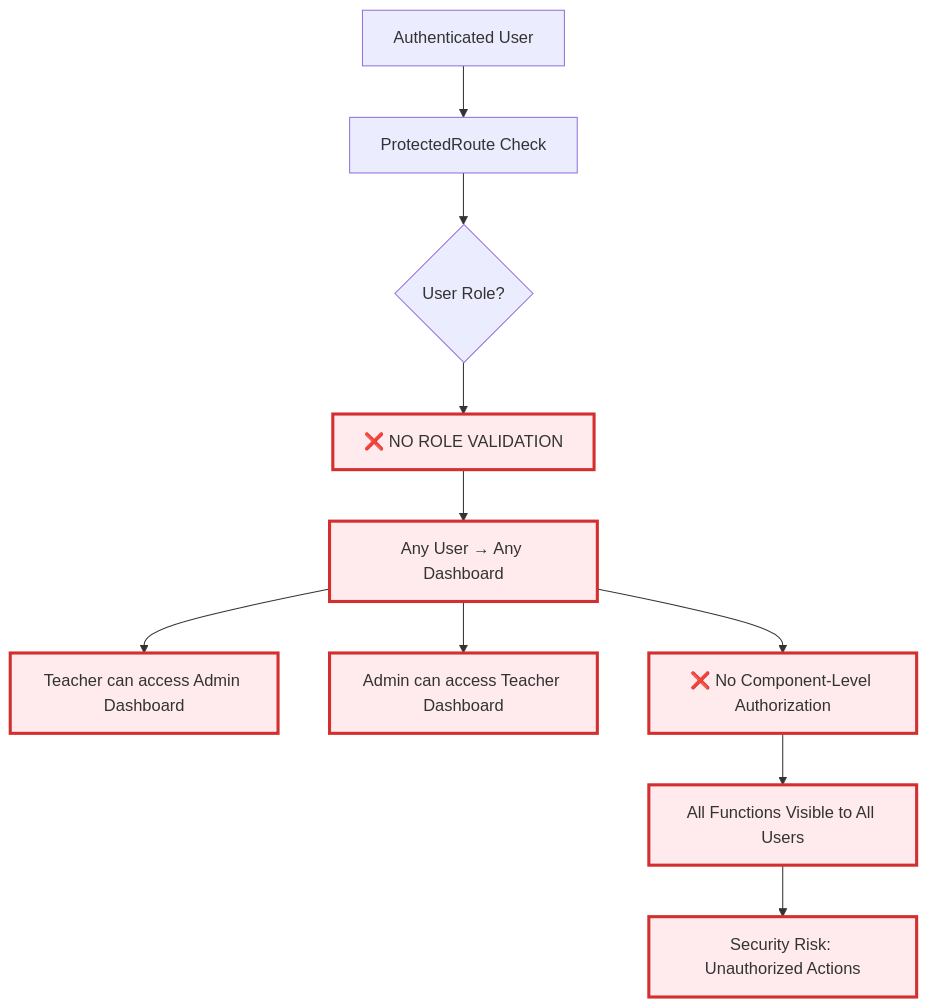
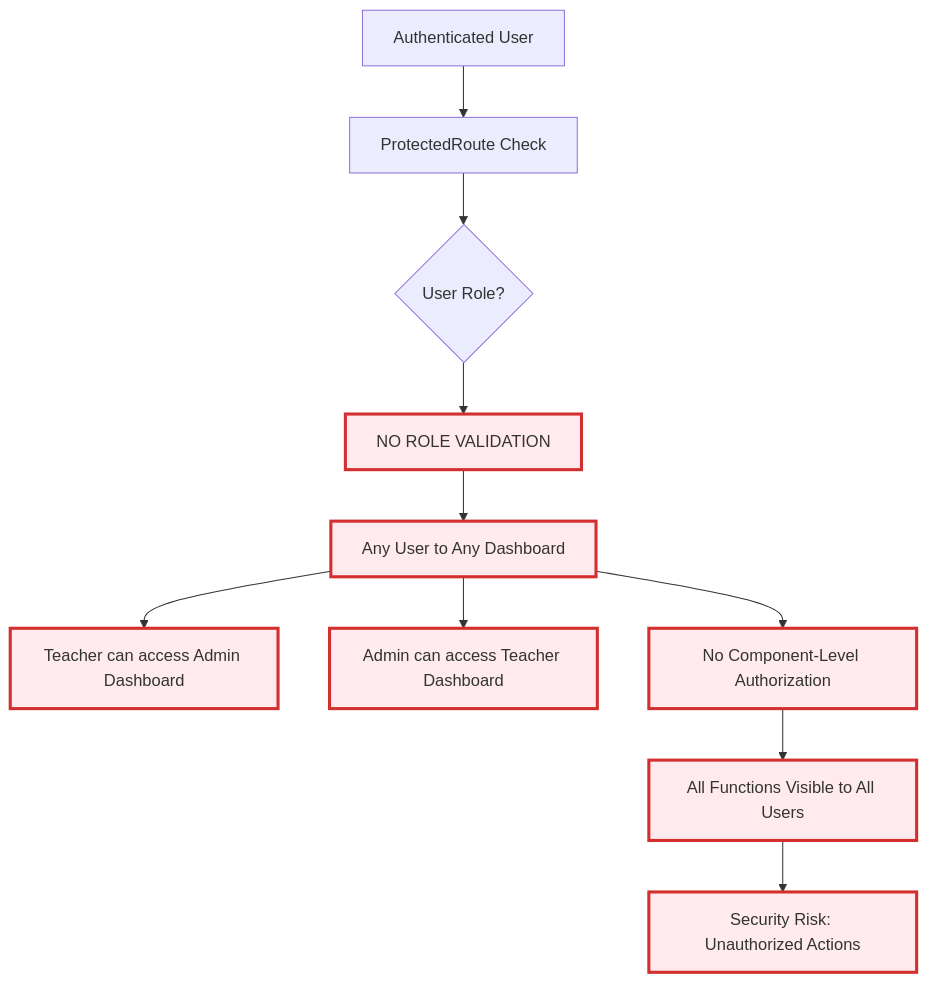
The second of 3 diagrams in Docs/Flowcharts/Current-State/01-current-authentication-routing.md (Splurfa/bx-os), drawn with Mermaid before and after one commit. The commit also changed other lines of this file and 12 other files, not shown here.

First line of the commit message:
Fix flowchart syntax and numbering

````diff
--- a/Docs/Flowcharts/Current-State/01-current-authentication-routing.md
+++ b/Docs/Flowcharts/Current-State/01-current-authentication-routing.md
@@ -33,22 +33,22 @@
 ```mermaid
 flowchart TD
     A[Authenticated User] --> B[ProtectedRoute Check]
     B --> C{User Role?}
-    C --> D[❌ NO ROLE VALIDATION]
-    D --> E[Any User → Any Dashboard]
+    C --> D[NO ROLE VALIDATION]
+    D --> E["Any User to Any Dashboard"]
     
     E --> F[Teacher can access Admin Dashboard]
     E --> G[Admin can access Teacher Dashboard]
-    E --> H[❌ No Component-Level Authorization]
+    E --> H[No Component-Level Authorization]
     
     H --> I[All Functions Visible to All Users]
     I --> J[Security Risk: Unauthorized Actions]
     
     style D fill:#ffebee,stroke:#d32f2f,stroke-width:3px
     style E fill:#ffebee,stroke:#d32f2f,stroke-width:3px
     style F fill:#ffebee,stroke:#d32f2f,stroke-width:3px
     style G fill:#ffebee,stroke:#d32f2f,stroke-width:3px
     style H fill:#ffebee,stroke:#d32f2f,stroke-width:3px
     style I fill:#ffebee,stroke:#d32f2f,stroke-width:3px
     style J fill:#ffebee,stroke:#d32f2f,stroke-width:3px
 ```
````
